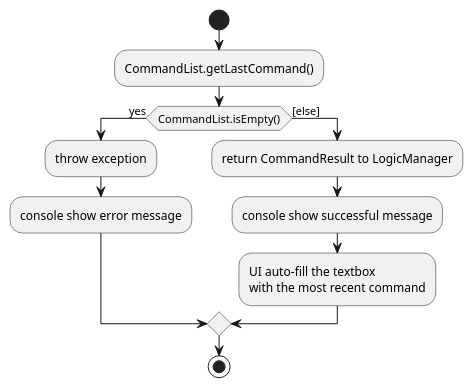
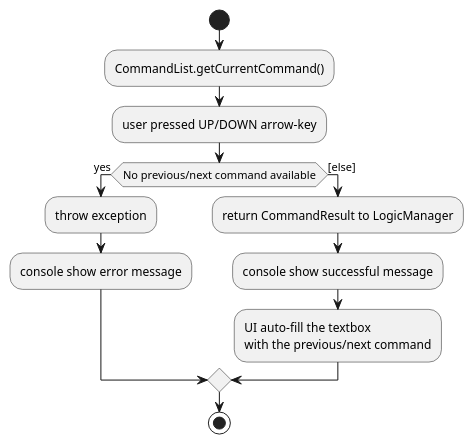
Before and after one commit to tandeshao/tp: the diagram in docs/diagrams/HistoryActivityDiagram.puml, drawn with PlantUML. The commit also changed 15 other files, not shown here.

```diff
--- a/docs/diagrams/HistoryActivityDiagram.puml
+++ b/docs/diagrams/HistoryActivityDiagram.puml
@@ -1,18 +1,19 @@
 @startuml
 
 start
-:CommandList.getLastCommand();
+:CommandList.getCurrentCommand();
+:user pressed UP/DOWN arrow-key;
 
-if (CommandList.isEmpty()) then (yes)
+if (No previous/next command available) then (yes)
   :throw exception;
   :console show error message;
 else ([else])
   :return CommandResult to LogicManager;
   :console show successful message;
   :UI auto-fill the textbox
-  with the most recent command;
+  with the previous/next command;
 endif
 
 stop
 
 @enduml
```
